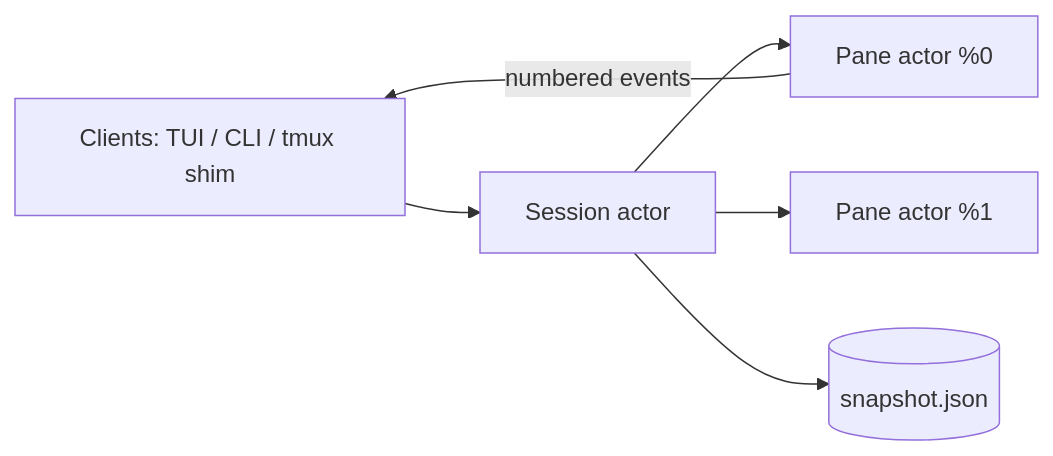
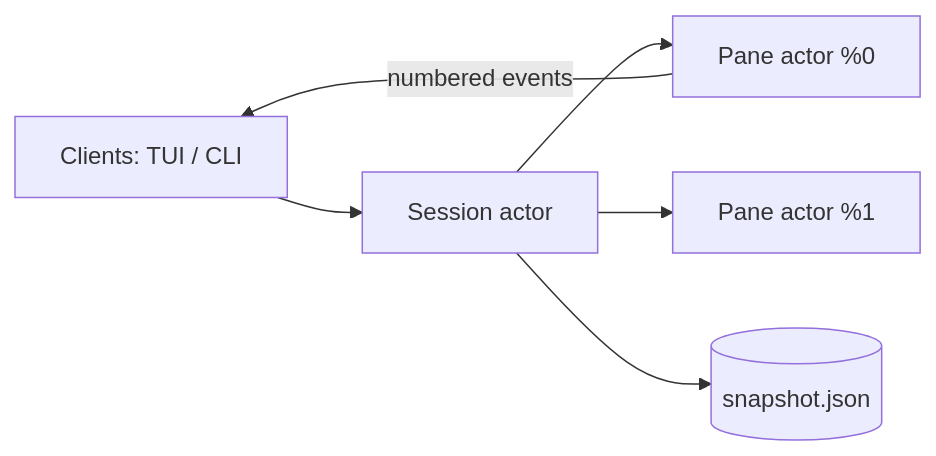
The diagram in docs/ARCHITECTURE.md (casonadams/mpx), drawn with Mermaid before and after one commit. The commit also changed other lines of this file and 9 other files, not shown here.

First line of the commit message:
docs: drop the tmux shim, hooks, popups and runtime options

````diff
--- a/docs/ARCHITECTURE.md
+++ b/docs/ARCHITECTURE.md
@@ -9,8 +9,8 @@
 ```mermaid
 graph LR
-    C[Clients: TUI / CLI / tmux shim] --> S[Session actor]
+    C[Clients: TUI / CLI] --> S[Session actor]
     S --> P1[Pane actor %0]
     S --> P2[Pane actor %1]
     S --> SN[(snapshot.json)]
     P1 -->|numbered events| C
 ```
````
